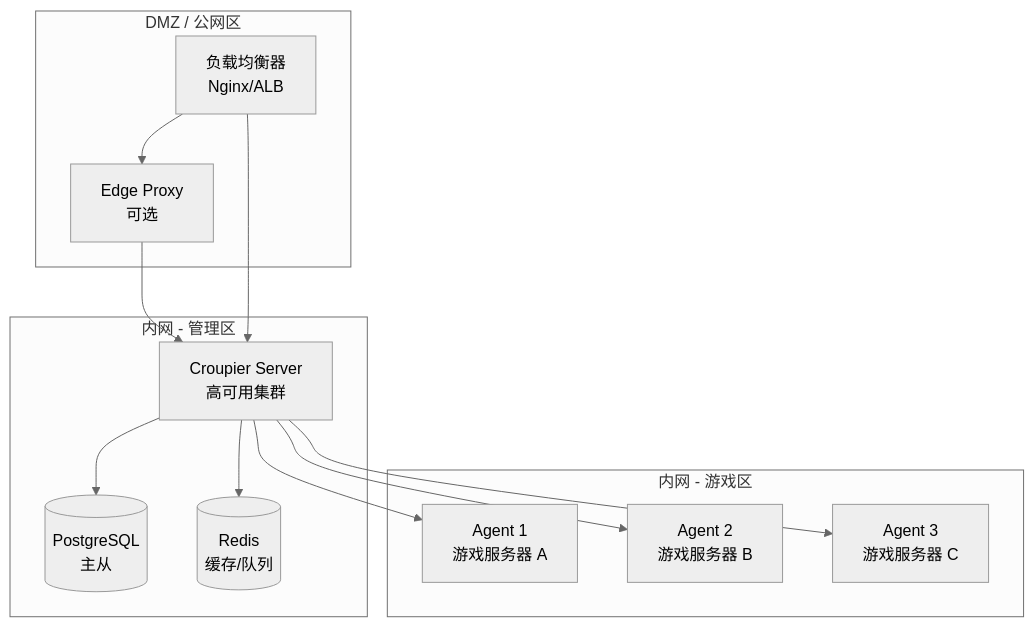
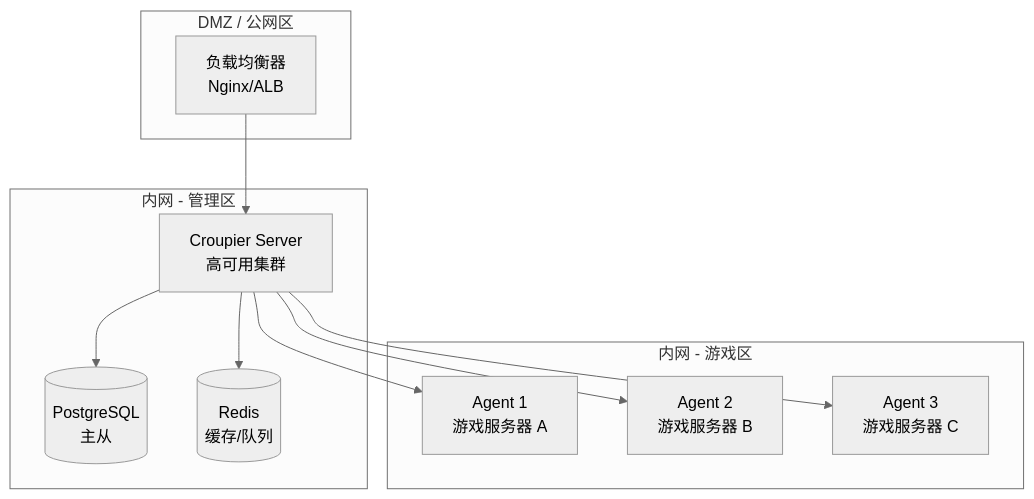
One commit to cuihairu/croupier changed the diagram in docs/guide/deployment.md. Above: the diagram before and after it, drawn with Mermaid (neutral theme). The commit also changed other lines of this file and 15 other files, not shown here.

````diff
--- a/docs/guide/deployment.md
+++ b/docs/guide/deployment.md
@@ -25,28 +25,25 @@
 ```mermaid
 graph TB
     subgraph "DMZ / 公网区"
         LB[负载均衡器<br/>Nginx/ALB]
-        Edge[Edge Proxy<br/>可选]
     end
 
     subgraph "内网 - 管理区"
         ServerHA[Croupier Server<br/>高可用集群]
         DB[(PostgreSQL<br/>主从)]
         Redis[(Redis<br/>缓存/队列)]
     end
 
     subgraph "内网 - 游戏区"
         Agent1[Agent 1<br/>游戏服务器 A]
         Agent2[Agent 2<br/>游戏服务器 B]
         Agent3[Agent 3<br/>游戏服务器 C]
     end
 
-    LB --> Edge
-    Edge --> ServerHA
     LB --> ServerHA
     ServerHA --> DB
     ServerHA --> Redis
     ServerHA --> Agent1
     ServerHA --> Agent2
     ServerHA --> Agent3
 ```
````
